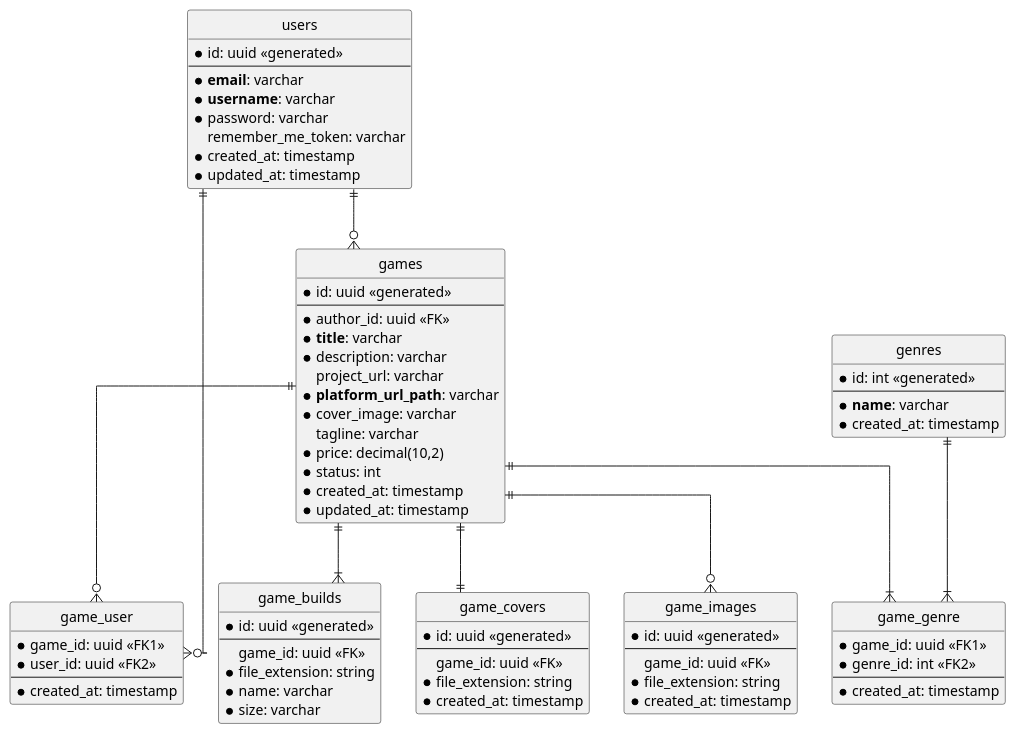
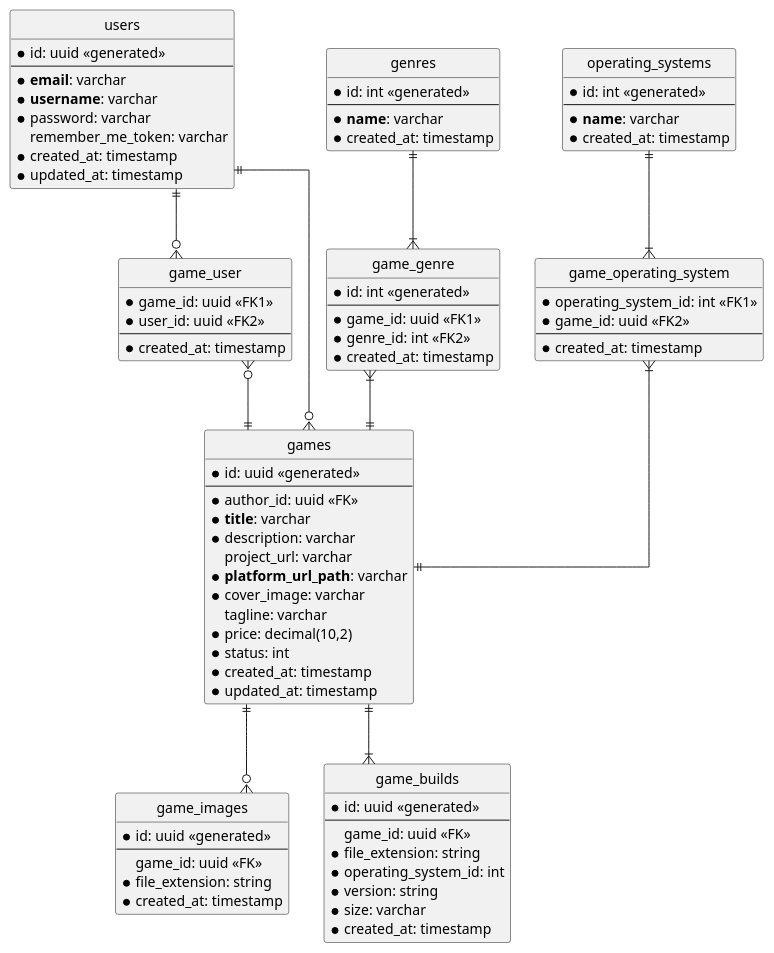
One commit to Alpiona/dev-challenges-main-backend changed the diagram in documentation/database.puml. Above: the diagram before and after it, drawn with PlantUML. The commit also changed 44 other files, not shown here.

```diff
--- a/documentation/database.puml
+++ b/documentation/database.puml
@@ -1,91 +1,101 @@
 @startuml databases
 
 ' hide the spot
 hide circle
 
 ' avoid problems with angled crows feet
 skinparam linetype ortho
 
 entity "users" {
   *id: uuid <<generated>>
   --
   * **email**: varchar
   * **username**: varchar
   *password: varchar
   remember_me_token: varchar
   *created_at: timestamp
   *updated_at: timestamp
 }
 
 entity "games" {
   *id: uuid <<generated>>
   --
   *author_id: uuid <<FK>>
   * **title**: varchar
   *description: varchar
   project_url: varchar
   * **platform_url_path**: varchar
   *cover_image: varchar
   tagline: varchar
   *price: decimal(10,2)
   *status: int
   *created_at: timestamp
   *updated_at: timestamp
 }
 
-entity "game_covers" {
-  *id: uuid <<generated>>
+entity "operating_systems" {
+  *id: int <<generated>>
   --
-  game_id: uuid <<FK>>
-  *file_extension: string
+  * **name**: varchar
   *created_at: timestamp
 }
 
 entity "game_images" {
   *id: uuid <<generated>>
   --
   game_id: uuid <<FK>>
   *file_extension: string
   *created_at: timestamp
 }
 
 entity "game_builds" {
   *id: uuid <<generated>>
   --
   game_id: uuid <<FK>>
   *file_extension: string
-  *name: varchar
+  *operating_system_id: int
+  *version: string
   *size: varchar
+  *created_at: timestamp
 }
 
 entity "game_user" {
   *game_id: uuid <<FK1>>
   *user_id: uuid <<FK2>>
   --
   *created_at: timestamp
 }
 
 entity "genres" {
   *id: int <<generated>>
   --
   * **name**: varchar
   *created_at: timestamp
 }
 
 entity "game_genre" {
+  *id: int <<generated>>
+  --
   *game_id: uuid <<FK1>>
   *genre_id: int <<FK2>>
+  *created_at: timestamp
+}
+
+entity "game_operating_system" {
+  *operating_system_id: int <<FK1>>
+  *game_id: uuid <<FK2>>
   --
   *created_at: timestamp
 }
 
 users ||--o{ games
 users ||--o{ game_user
-games ||--|| game_covers
+game_user }o--|| games
+genres ||--|{ game_genre
+game_genre }|--|| games
+operating_systems ||--|{ game_operating_system
+game_operating_system }|--|| games
 games ||--|{ game_builds
-games ||--o{ game_user
-games ||--|{ game_genre
 games ||--o{ game_images
-genres ||--|{ game_genre
 
 @enduml
```
